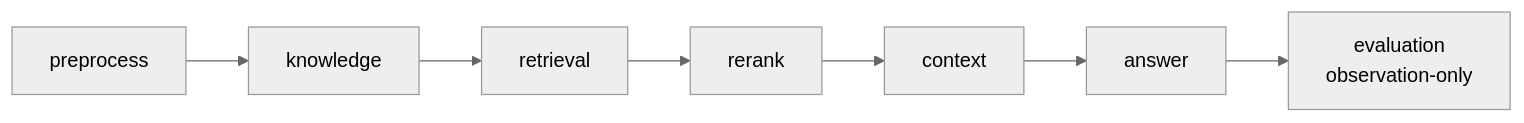
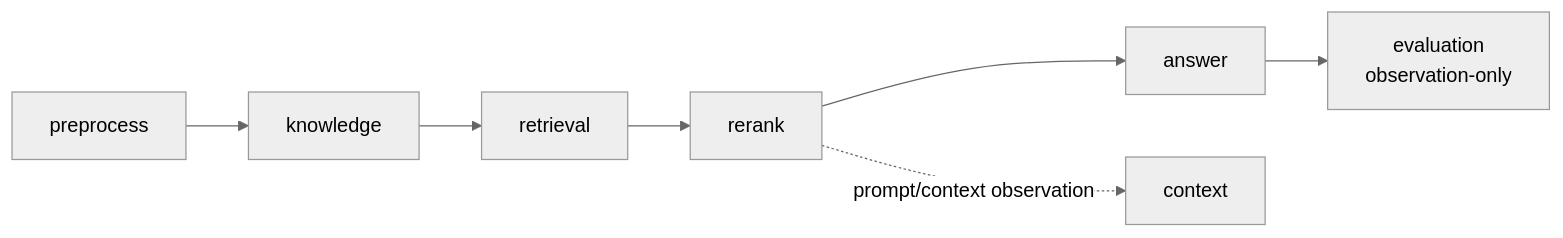
Before and after one commit to aaaahyaaaa/skill: diagram 15 of 23 in references/skill_architecture_wiki.md, drawn with Mermaid (neutral theme). The commit also changed other lines of this file and 23 other files, not shown here.

````diff
--- a/references/skill_architecture_wiki.md
+++ b/references/skill_architecture_wiki.md
@@ -379,9 +379,9 @@
 ```mermaid
 flowchart LR
   P[preprocess] --> K[knowledge]
   K --> R[retrieval]
   R --> RR[rerank]
-  RR --> C[context]
-  C --> A[answer]
+  RR --> A[answer]
+  RR -.prompt/context observation.-> C[context]
   A --> E[evaluation<br/>observation-only]
 ```
````
